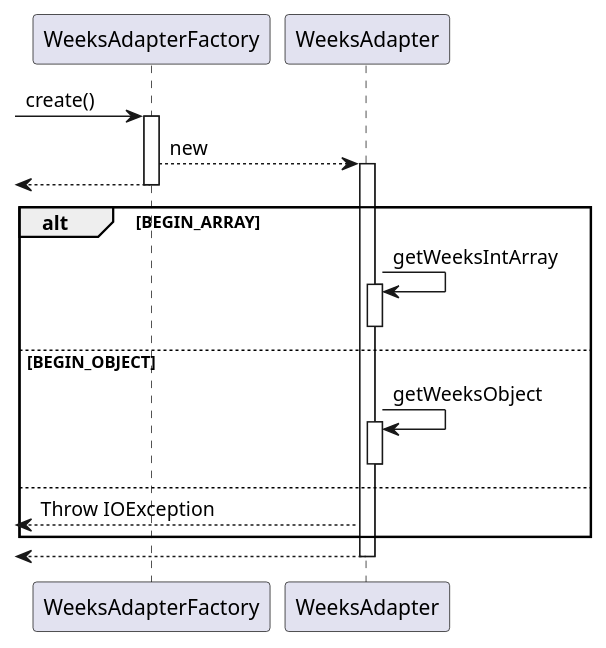
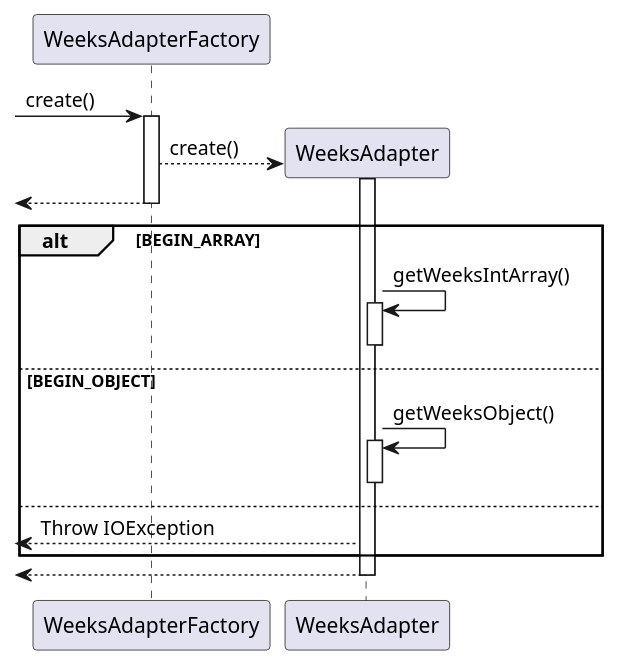
Before and after one commit to nus-cs2113-AY2122S1/tp: the diagram in docs/uml-diagrams/WeeksRead.puml, drawn with PlantUML. The commit also changed 9 other files, not shown here.

Commit message:
Update UML diagrams and DG, fix some broken links in Table of Contents in UG.

```diff
--- a/docs/uml-diagrams/WeeksRead.puml
+++ b/docs/uml-diagrams/WeeksRead.puml
@@ -1,27 +1,27 @@
 @startuml
 
 [-> WeeksAdapterFactory : create()
 activate WeeksAdapterFactory
 
-WeeksAdapterFactory --> WeeksAdapter : new
+WeeksAdapterFactory --> WeeksAdapter** : create()
 activate WeeksAdapter
 
 <-- WeeksAdapterFactory
 deactivate WeeksAdapterFactory
 
 alt BEGIN_ARRAY
-    WeeksAdapter -> WeeksAdapter : getWeeksIntArray
+    WeeksAdapter -> WeeksAdapter : getWeeksIntArray()
     activate WeeksAdapter
     deactivate WeeksAdapter
 else BEGIN_OBJECT
-    WeeksAdapter -> WeeksAdapter : getWeeksObject
+    WeeksAdapter -> WeeksAdapter : getWeeksObject()
     activate WeeksAdapter
     deactivate WeeksAdapter
 else
     <-- WeeksAdapter : Throw IOException
 end
 
 <-- WeeksAdapter
 deactivate WeeksAdapter
 
 @enduml
```
